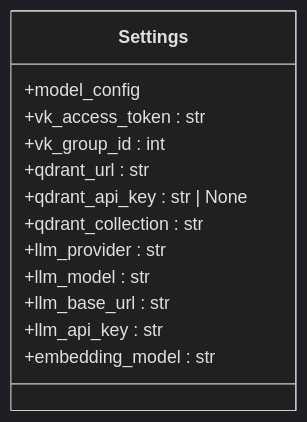
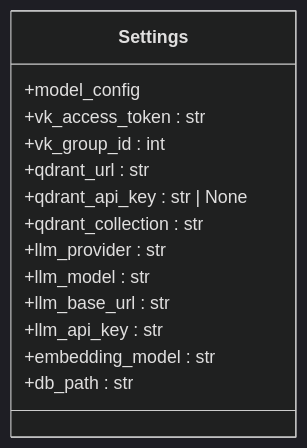
One commit to ognelis/cafetera_hr_bot changed the third of 7 diagrams in .qoder/repowiki/en/content/Configuration Management.md. Above: the diagram before and after it, drawn with Mermaid (dark theme). The commit also changed other lines of this file and 9 other files, not shown here.

````diff
--- a/.qoder/repowiki/en/content/Configuration Management.md
+++ b/.qoder/repowiki/en/content/Configuration Management.md
@@ -146,16 +159,17 @@
 ```mermaid
 classDiagram
 class Settings {
 +model_config
 +vk_access_token : str
 +vk_group_id : int
 +qdrant_url : str
 +qdrant_api_key : str | None
 +qdrant_collection : str
 +llm_provider : str
 +llm_model : str
 +llm_base_url : str
 +llm_api_key : str
 +embedding_model : str
++db_path : str
 }
 ```
````
